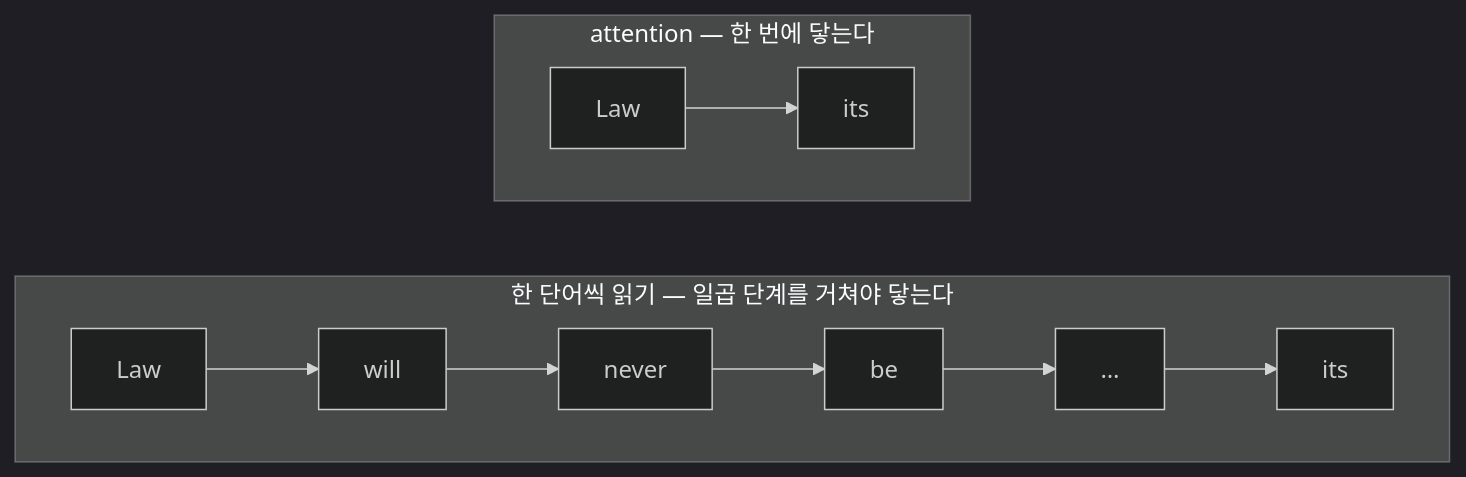
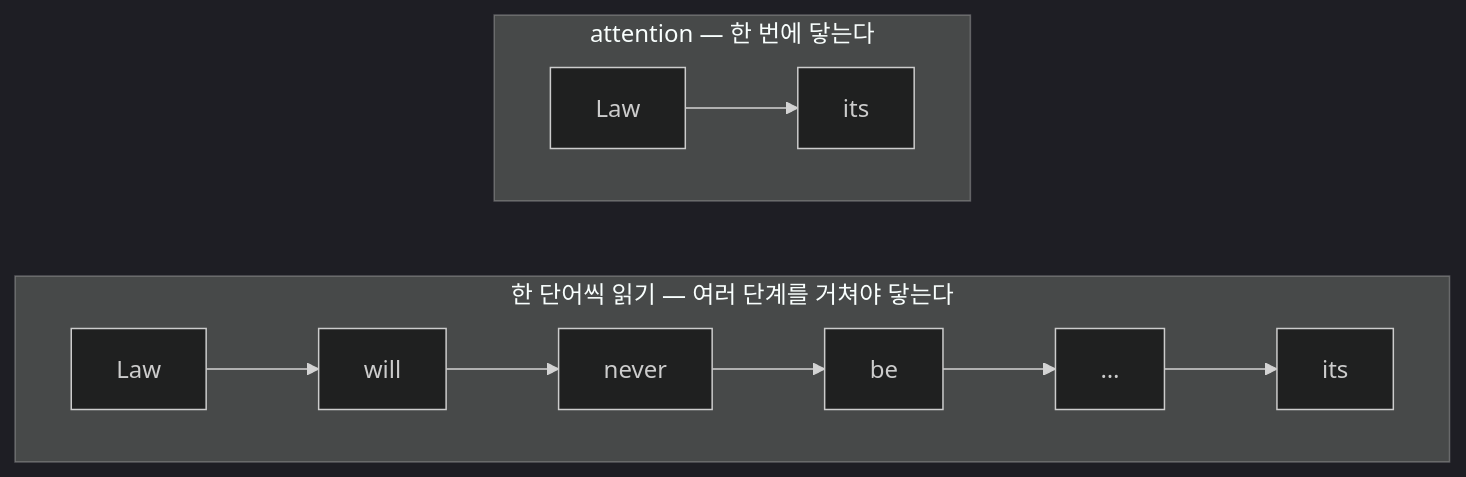
Before and after one commit to qoal1201/qoal1201.github.io: the second of 4 diagrams in paper-reviews/1706.03762-attention-is-all-you-need.qmd, drawn with Mermaid (dark theme). The commit also changed other lines of this file and 1 other file, not shown here.

````diff
--- a/paper-reviews/1706.03762-attention-is-all-you-need.qmd
+++ b/paper-reviews/1706.03762-attention-is-all-you-need.qmd
@@ -149,11 +118,11 @@
 ```{mermaid}
 flowchart LR
-    subgraph R["한 단어씩 읽기 — 일곱 단계를 거쳐야 닿는다"]
+    subgraph R["한 단어씩 읽기 — 여러 단계를 거쳐야 닿는다"]
     direction LR
     r1["Law"] --> r2["will"] --> r3["never"] --> r4["be"] --> r5["…"] --> r6["its"]
     end
     subgraph A["attention — 한 번에 닿는다"]
     direction LR
     a1["Law"] --> a6["its"]
     end
 ```
````
